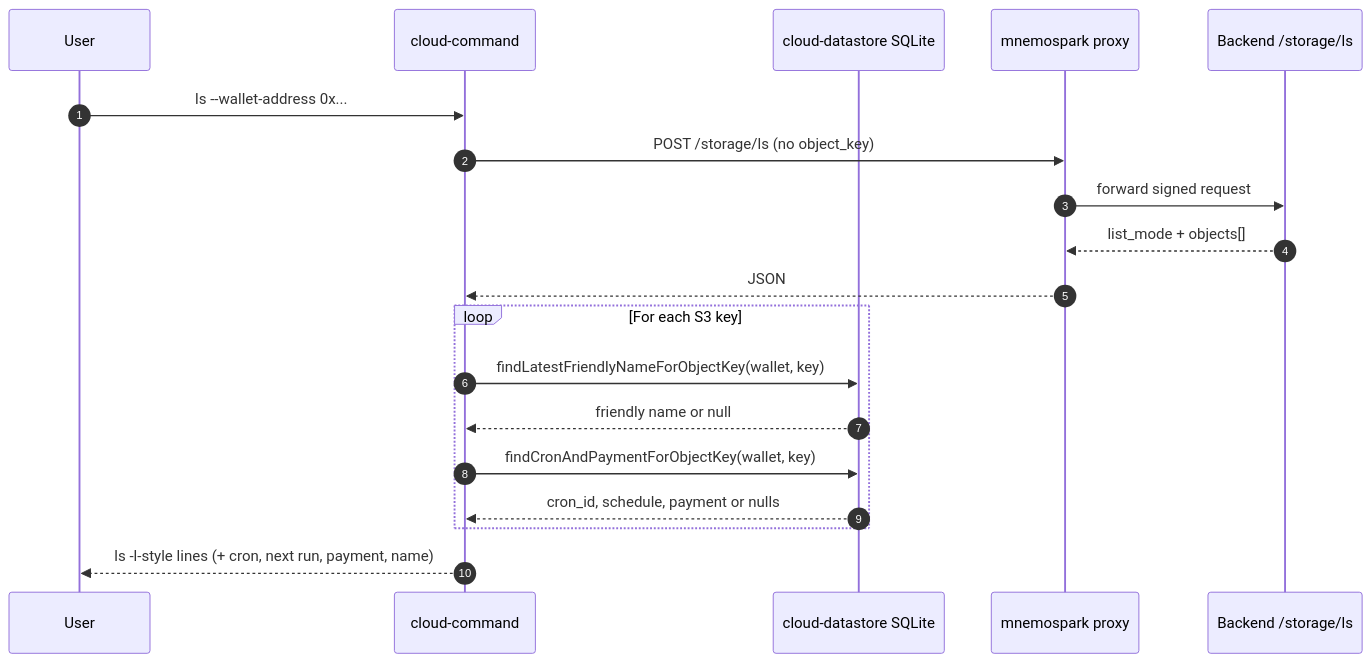
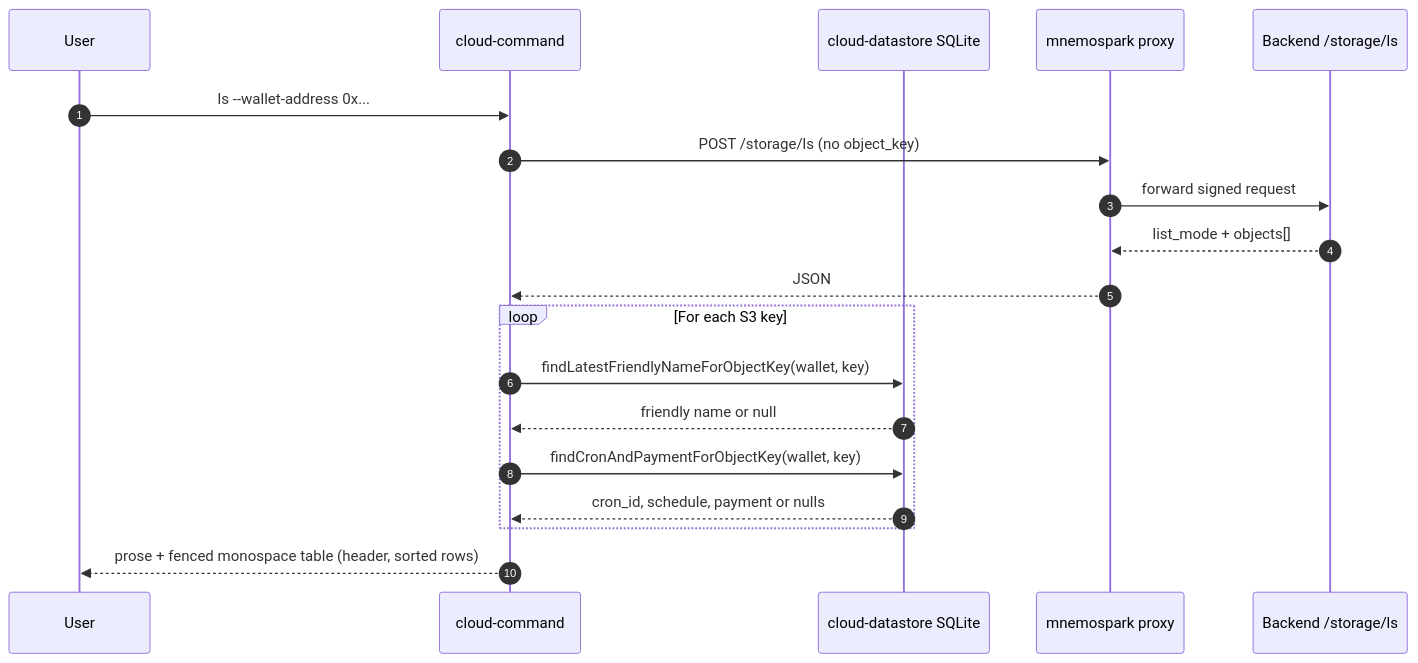
One commit to pawlsclick/mnemospark-docs changed the diagram in dev_docs/features_cursor_dev/cursor-dev-49-mnemospark-client-storage-ls-list-friendly-names.md. Above: the diagram before and after it, drawn with Mermaid. The commit also changed other lines of this file and 1 other file, not shown here.

First line of the commit message:
docs(cursor-dev-49 rev 5): ls presentation — code block, header, sort, caps

````diff
--- a/dev_docs/features_cursor_dev/cursor-dev-49-mnemospark-client-storage-ls-list-friendly-names.md
+++ b/dev_docs/features_cursor_dev/cursor-dev-49-mnemospark-client-storage-ls-list-friendly-names.md
@@ -149,22 +175,22 @@
 ```mermaid
 sequenceDiagram
   autonumber
   participant User
   participant Cmd as cloud-command
   participant DS as cloud-datastore SQLite
   participant Proxy as mnemospark proxy
   participant API as Backend /storage/ls
 
   User->>Cmd: ls --wallet-address 0x...
   Cmd->>Proxy: POST /storage/ls (no object_key)
   Proxy->>API: forward signed request
   API-->>Proxy: list_mode + objects[]
   Proxy-->>Cmd: JSON
   loop For each S3 key
     Cmd->>DS: findLatestFriendlyNameForObjectKey(wallet, key)
     DS-->>Cmd: friendly name or null
     Cmd->>DS: findCronAndPaymentForObjectKey(wallet, key)
     DS-->>Cmd: cron_id, schedule, payment or nulls
   end
-  Cmd-->>User: ls -l-style lines (+ cron, next run, payment, name)
+  Cmd-->>User: prose + fenced monospace table (header, sorted rows)
 ```
````
